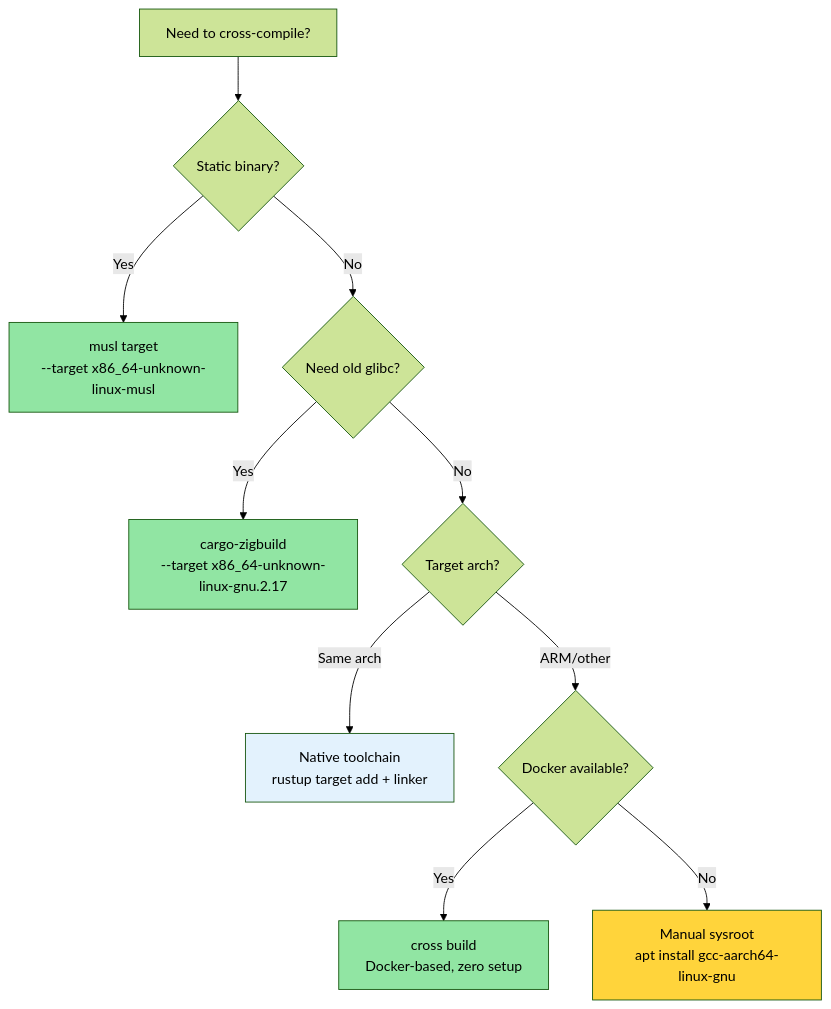
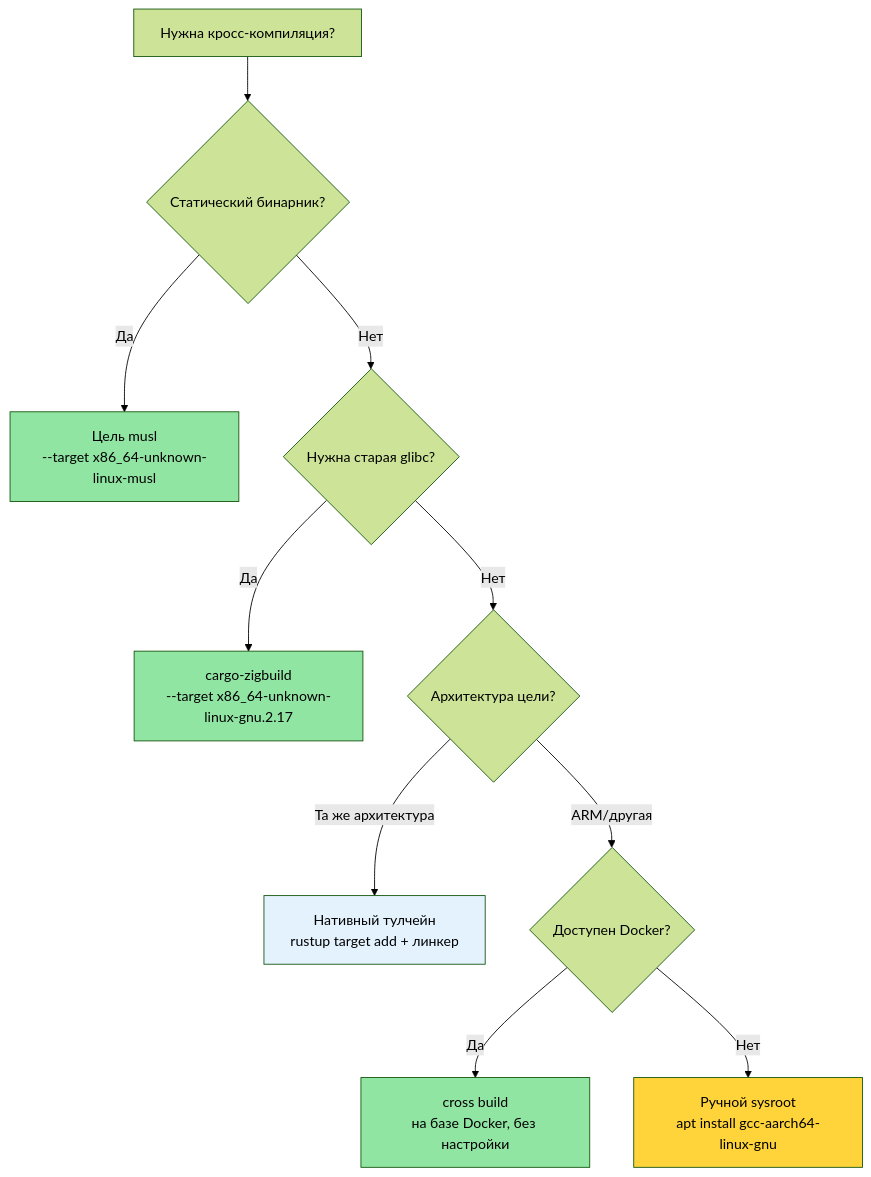
Before and after one commit to r007/RustTraining-Rus: the diagram in engineering-book/src/ch02-cross-compilation-one-source-many-target.md, drawn with Mermaid (forest theme). The commit also changed other lines of this file and 3 other files, not shown here.

````diff
--- a/engineering-book/src/ch02-cross-compilation-one-source-many-target.md
+++ b/engineering-book/src/ch02-cross-compilation-one-source-many-target.md
@@ -416,22 +415,22 @@
 ```mermaid
 flowchart TD
-    START["Need to cross-compile?"] --> STATIC{"Static binary?"}
-    
-    STATIC -->|Yes| MUSL["musl target<br/>--target x86_64-unknown-linux-musl"]
-    STATIC -->|No| GLIBC{"Need old glibc?"}
-    
-    GLIBC -->|Yes| ZIG["cargo-zigbuild<br/>--target x86_64-unknown-linux-gnu.2.17"]
-    GLIBC -->|No| ARCH{"Target arch?"}
-    
-    ARCH -->|"Same arch"| NATIVE["Native toolchain<br/>rustup target add + linker"]
-    ARCH -->|"ARM/other"| DOCKER{"Docker available?"}
-    
-    DOCKER -->|Yes| CROSS["cross build<br/>Docker-based, zero setup"]
-    DOCKER -->|No| MANUAL["Manual sysroot<br/>apt install gcc-aarch64-linux-gnu"]
-    
+    START["Нужна кросс-компиляция?"] --> STATIC{"Статический бинарник?"}
+
+    STATIC -->|Да| MUSL["Цель musl<br/>--target x86_64-unknown-linux-musl"]
+    STATIC -->|Нет| GLIBC{"Нужна старая glibc?"}
+
+    GLIBC -->|Да| ZIG["cargo-zigbuild<br/>--target x86_64-unknown-linux-gnu.2.17"]
+    GLIBC -->|Нет| ARCH{"Архитектура цели?"}
+
+    ARCH -->|"Та же архитектура"| NATIVE["Нативный тулчейн<br/>rustup target add + линкер"]
+    ARCH -->|"ARM/другая"| DOCKER{"Доступен Docker?"}
+
+    DOCKER -->|Да| CROSS["cross build<br/>на базе Docker, без настройки"]
+    DOCKER -->|Нет| MANUAL["Ручной sysroot<br/>apt install gcc-aarch64-linux-gnu"]
+
     style MUSL fill:#91e5a3,color:#000
     style ZIG fill:#91e5a3,color:#000
     style CROSS fill:#91e5a3,color:#000
     style NATIVE fill:#e3f2fd,color:#000
     style MANUAL fill:#ffd43b,color:#000
 ```
````
